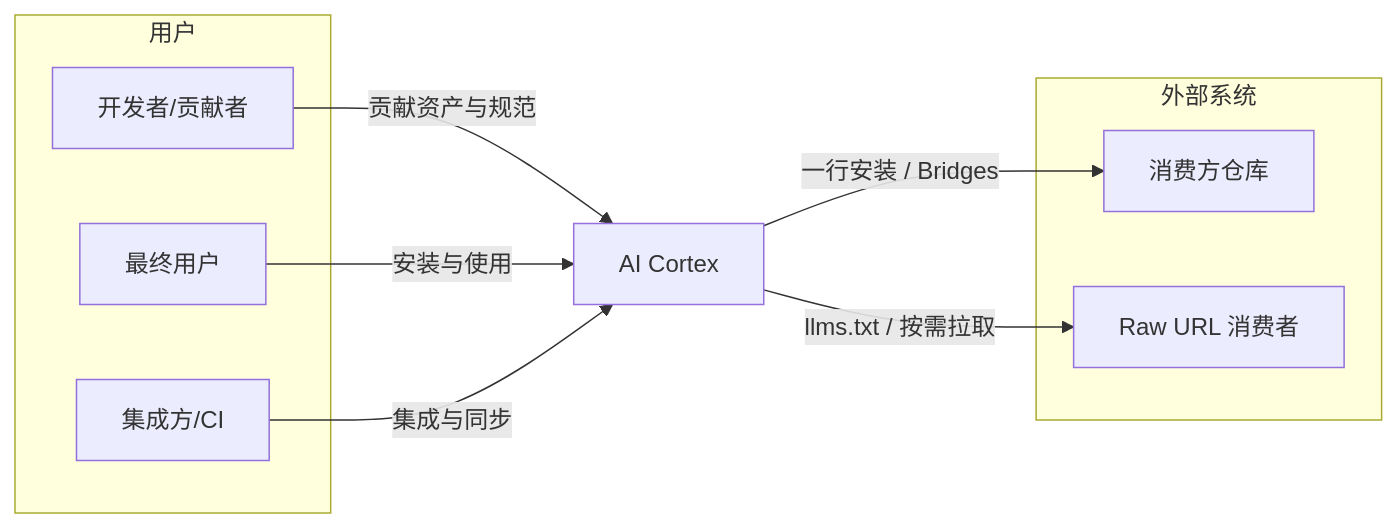
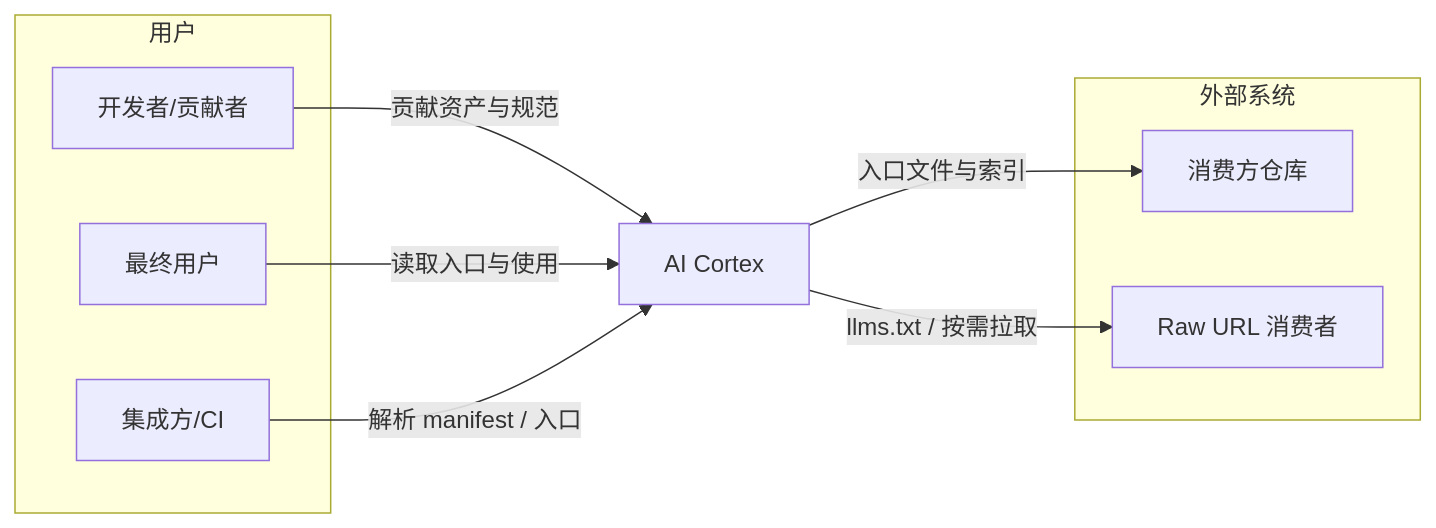
Before and after one commit to nesnilnehc/ai-cortex: the first of 2 diagrams in docs/architecture.md, drawn with Mermaid. The commit also changed other lines of this file and 17 other files, not shown here.

````diff
--- a/docs/architecture.md
+++ b/docs/architecture.md
@@ -21,18 +20,18 @@
 ```mermaid
 flowchart LR
   subgraph users [用户]
     Dev[开发者/贡献者]
     EndUser[最终用户]
     Integrator[集成方/CI]
   end
   Cortex[AI Cortex]
   subgraph external [外部系统]
     ConsumerRepo[消费方仓库]
     RawURL[Raw URL 消费者]
   end
   Dev -->|贡献资产与规范| Cortex
-  EndUser -->|安装与使用| Cortex
-  Integrator -->|集成与同步| Cortex
-  Cortex -->|一行安装 / Bridges| ConsumerRepo
+  EndUser -->|读取入口与使用| Cortex
+  Integrator -->|解析 manifest / 入口| Cortex
+  Cortex -->|入口文件与索引| ConsumerRepo
   Cortex -->|llms.txt / 按需拉取| RawURL
 ```
````
